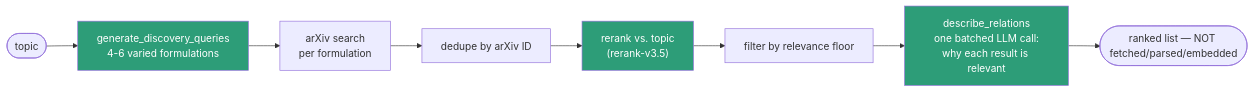
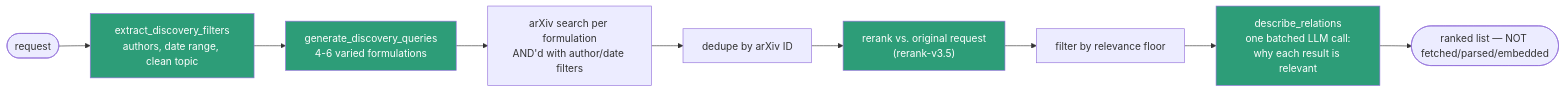
One commit to aarthoms/re-search-it changed the fourth of 5 diagrams in README.md. Above: the diagram before and after it, drawn with Mermaid. The commit also changed other lines of this file and 6 other files, not shown here.

````diff
--- a/README.md
+++ b/README.md
@@ -120,14 +120,16 @@
 ```mermaid
 flowchart LR
-    T(["topic"]) --> GQ["generate_discovery_queries\n4-6 varied formulations"]
-    GQ --> S1["arXiv search\nper formulation"]
+    T(["request"]) --> XF["extract_discovery_filters\nauthors, date range, clean topic"]
+    XF --> GQ["generate_discovery_queries\n4-6 varied formulations"]
+    GQ --> S1["arXiv search per formulation\nAND'd with author/date filters"]
     S1 --> DD["dedupe by arXiv ID"]
-    DD --> RR["rerank vs. topic\n(rerank-v3.5)"]
+    DD --> RR["rerank vs. original request\n(rerank-v3.5)"]
     RR --> FLT["filter by relevance floor"]
     FLT --> REL["describe_relations\none batched LLM call:\nwhy each result is relevant"]
     REL --> LIST(["ranked list — NOT fetched/parsed/embedded"])
 
+    style XF fill:#2d9d78,color:#fff
     style GQ fill:#2d9d78,color:#fff
     style RR fill:#2d9d78,color:#fff
     style REL fill:#2d9d78,color:#fff
 ```
````
